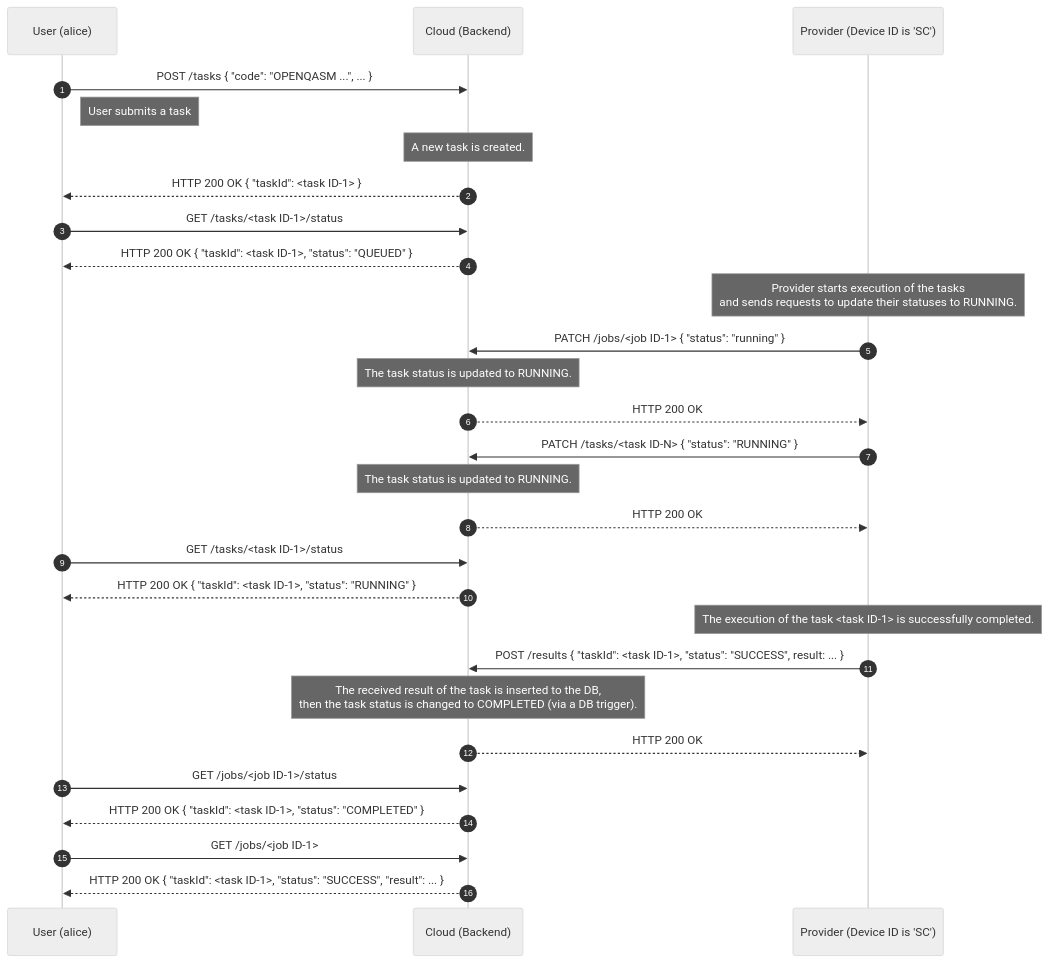
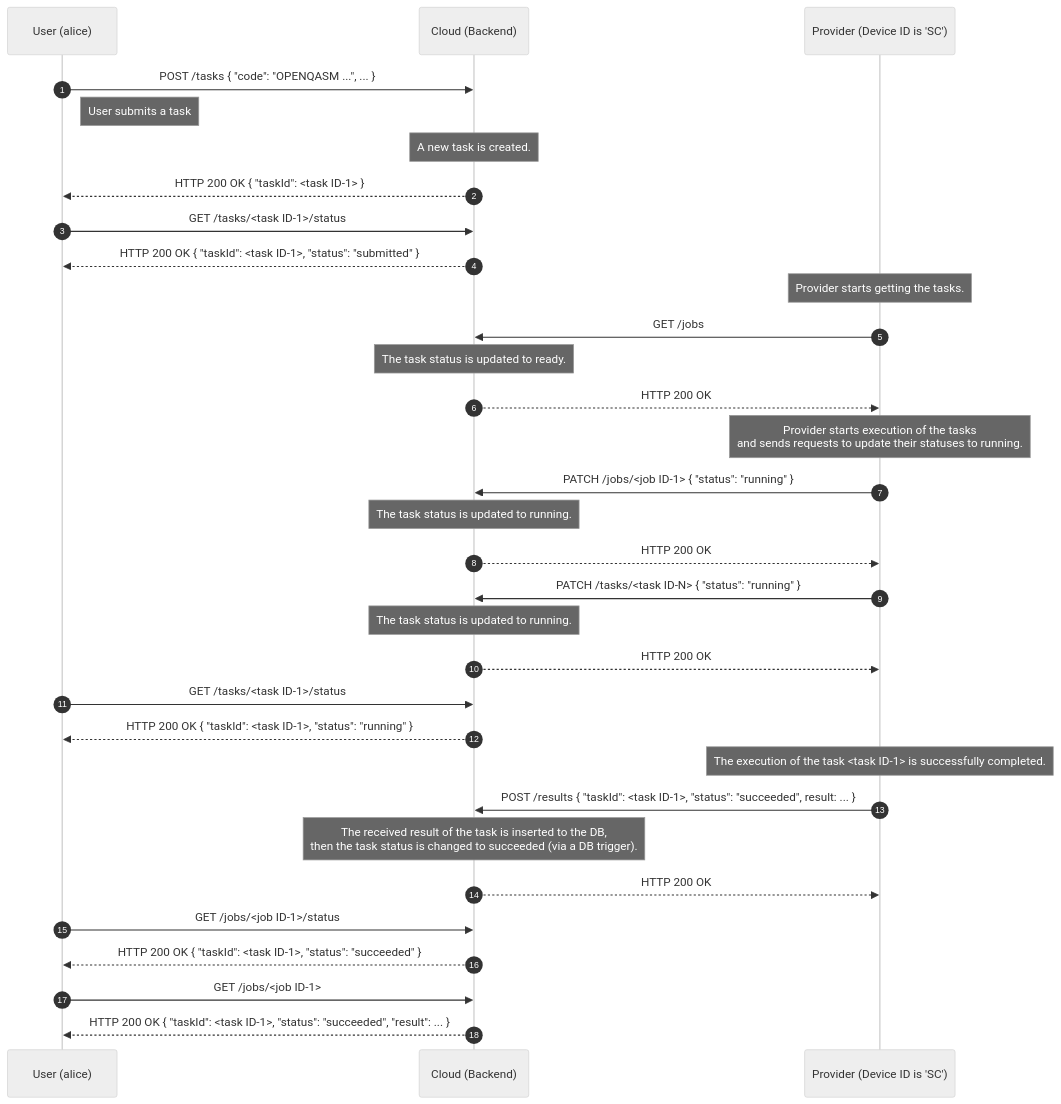
Before and after one commit to oqtopus-team/oqtopus-cloud: the first of 3 diagrams in docs/en/architecture/sequence_diagram.md, drawn with Mermaid (neutral theme). The commit also changed other lines of this file and 37 other files, not shown here.

````diff
--- a/docs/en/architecture/sequence_diagram.md
+++ b/docs/en/architecture/sequence_diagram.md
@@ -16,38 +16,43 @@
 ```mermaid
 sequenceDiagram
     autonumber
     participant User as User (alice)
     participant Cloud as Cloud (Backend)
     participant Provider as Provider (Device ID is 'SC')
 
     User->>Cloud: POST /tasks { "code": "OPENQASM ...", ... }
     Note right of User: User submits a task
     Note over Cloud: A new task is created.
     Cloud-->>User: HTTP 200 OK { "taskId": <task ID-1> }
 
     User->>Cloud: GET /tasks/<task ID-1>/status
-    Cloud-->>User: HTTP 200 OK { "taskId": <task ID-1>, "status": "QUEUED" }
+    Cloud-->>User: HTTP 200 OK { "taskId": <task ID-1>, "status": "submitted" }
 
-    Note over Provider: Provider starts execution of the tasks<br>and sends requests to update their statuses to RUNNING.
-    Provider->>Cloud: PATCH /jobs/<job ID-1> { "status": "running" }
-    Note over Cloud: The task status is updated to RUNNING.
+    Note over Provider: Provider starts getting the tasks.
+    Provider->>Cloud: GET /jobs
+    Note over Cloud: The task status is updated to ready.
     Cloud-->>Provider: HTTP 200 OK
 
-    Provider->>Cloud: PATCH /tasks/<task ID-N> { "status": "RUNNING" }
-    Note over Cloud: The task status is updated to RUNNING.
+    Note over Provider: Provider starts execution of the tasks<br>and sends requests to update their statuses to running.
+    Provider->>Cloud: PATCH /jobs/<job ID-1> { "status": "running" }
+    Note over Cloud: The task status is updated to running.
+    Cloud-->>Provider: HTTP 200 OK
+
+    Provider->>Cloud: PATCH /tasks/<task ID-N> { "status": "running" }
+    Note over Cloud: The task status is updated to running.
     Cloud-->>Provider: HTTP 200 OK
 
     User->>Cloud: GET /tasks/<task ID-1>/status
-    Cloud-->>User: HTTP 200 OK { "taskId": <task ID-1>, "status": "RUNNING" }
+    Cloud-->>User: HTTP 200 OK { "taskId": <task ID-1>, "status": "running" }
     Note over Provider: The execution of the task <task ID-1> is successfully completed.
-    Provider->>Cloud: POST /results { "taskId": <task ID-1>, "status": "SUCCESS", result: ... }
+    Provider->>Cloud: POST /results { "taskId": <task ID-1>, "status": "succeeded", result: ... }
 
-    Note over Cloud: The received result of the task is inserted to the DB,<br> then the task status is changed to COMPLETED (via a DB trigger).
+    Note over Cloud: The received result of the task is inserted to the DB,<br> then the task status is changed to succeeded (via a DB trigger).
     Cloud-->>Provider: HTTP 200 OK
 
     User->>Cloud: GET /jobs/<job ID-1>/status
-    Cloud-->>User: HTTP 200 OK { "taskId": <task ID-1>, "status": "COMPLETED" }
+    Cloud-->>User: HTTP 200 OK { "taskId": <task ID-1>, "status": "succeeded" }
 
     User->>Cloud: GET /jobs/<job ID-1>
-    Cloud-->>User: HTTP 200 OK { "taskId": <task ID-1>, "status": "SUCCESS", "result": ... }
+    Cloud-->>User: HTTP 200 OK { "taskId": <task ID-1>, "status": "succeeded", "result": ... }
 ```
````
